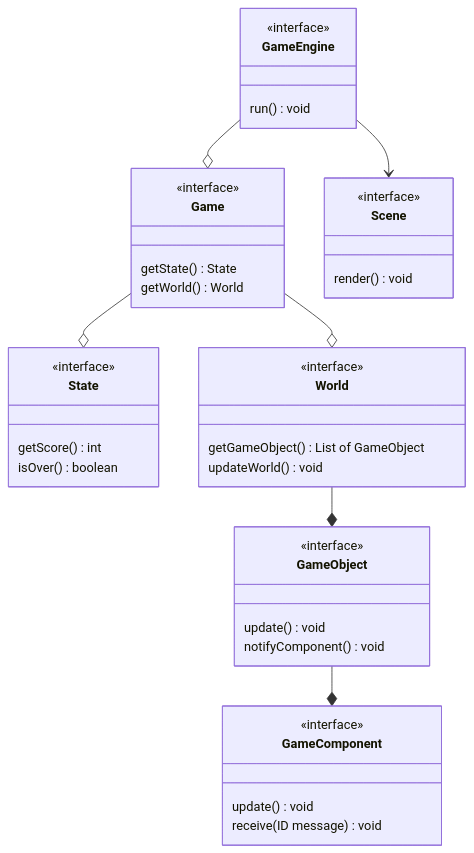
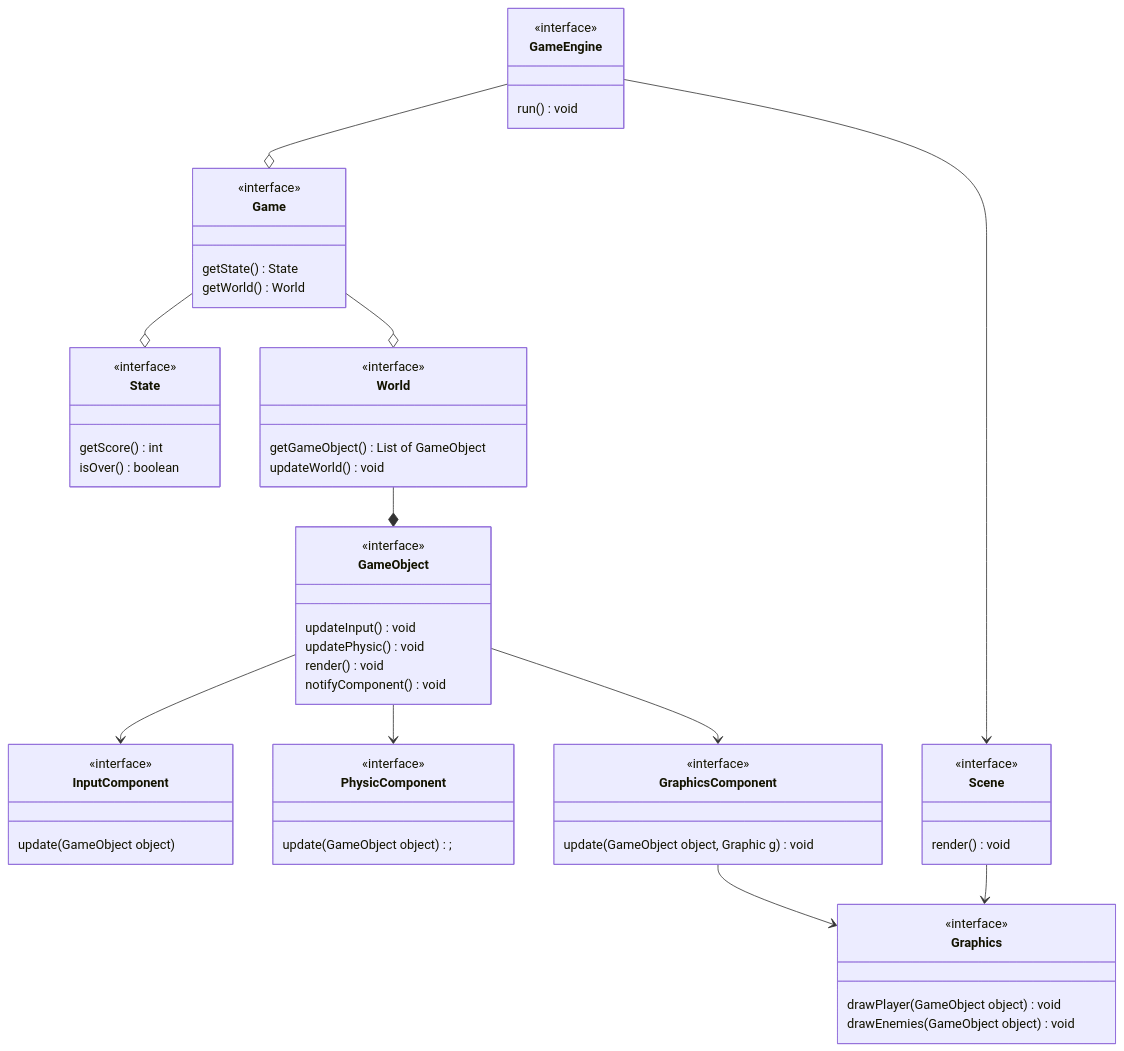
The diagram in report/diagram/SoftwareArchtectureUML.md (nicolodaddabbo/OOP22-t2s-game), drawn with Mermaid before and after one commit.

Commit message:
[REPORT] Modified SoftwareArchitectureUML.md

````diff
--- a/report/diagram/SoftwareArchtectureUML.md
+++ b/report/diagram/SoftwareArchtectureUML.md
@@ -1,52 +1,77 @@
 ```mermaid
 classDiagram
 
 GameEngine --o Game 
 GameEngine --> Scene
 Game --o  State
 Game --o World
 World --* GameObject
-GameObject --* GameComponent
+GameObject --> InputComponent
+GameObject --> PhysicComponent
+GameObject --> GraphicsComponent
+Scene --> Graphics
+GraphicsComponent --> Graphics
 
 %% Rapresenting the MVC's "Model"
 %% Every thing in the model is a GameObject
 class GameObject{
     <<interface>>
-    update() void
+    updateInput() void
+    updatePhysic() void
+    render() void
     notifyComponent() void
 }
-%% We can add domain, in a decouple way, to a GameObject
-class GameComponent{
+%%
+class InputComponent{
     <<interface>>
-    update() void
-    receive(ID message) void
+    update(GameObject object)
 }
+%%
+class PhysicComponent{
+    <<interface>>
+    update(GameObject object);
+}
+%%
+class GraphicsComponent{
+    <<interface>>
+    update(GameObject object, Graphic g) void
+}
+%%
 %% Rapresenting the MVC's "Controller"
 class GameEngine{
     <<interface>>
     run() void
 }
 %% Rapresenting the current game of the player
 class Game{
     <<interface>>
     getState() State
     getWorld() World
 }
 %% State of a Game
 class State{
     <<interface>>
     getScore() int
     isOver() boolean
 }
 %% Basically a "Container" for all GameObjects
 class World{
     <<interface>>
     getGameObject() List of GameObject
     updateWorld() void
 }
 %% Rapresenting the MVC's "View" 
 class Scene{
     <<interface>>
     render() void
 }
+%% 
+class Graphics{
+    <<interface>>
+    drawPlayer(GameObject object) void
+    drawEnemies(GameObject object) void
+}
+%% 
+
+
 ```
````
